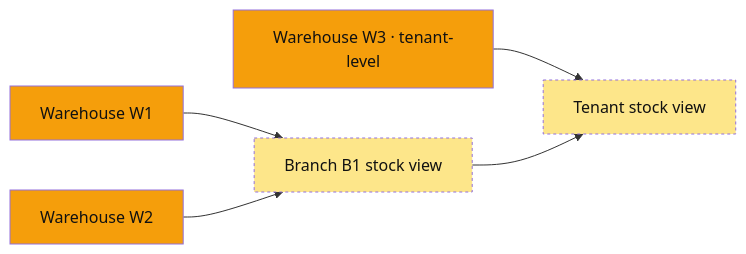
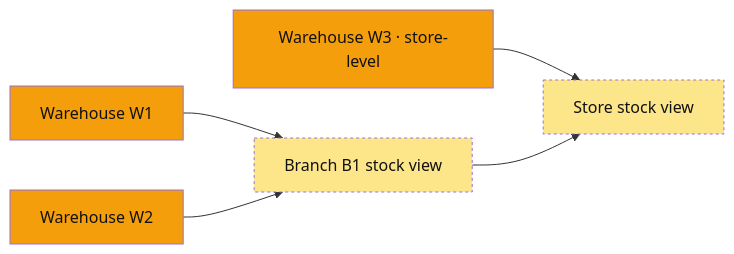
One commit to gowtamkumar/eCommerce-multi-store-saas-erp changed the fifth of 14 diagrams in doc/system-design/erp_master_system_design.md. Above: the diagram before and after it, drawn with Mermaid. The commit also changed other lines of this file and 764 other files, not shown here.

````diff
--- a/doc/system-design/erp_master_system_design.md
+++ b/doc/system-design/erp_master_system_design.md
@@ -623,9 +623,9 @@
 ```mermaid
 flowchart LR
   W1[Warehouse W1]:::wh --> B1[Branch B1 stock view]:::rollup
   W2[Warehouse W2]:::wh --> B1
-  W3[Warehouse W3 · tenant-level]:::wh --> TROLL[Tenant stock view]:::rollup
+  W3[Warehouse W3 · store-level]:::wh --> TROLL[Store stock view]:::rollup
   B1 --> TROLL
   classDef wh fill:#f59e0b,color:#111
   classDef rollup fill:#fde68a,color:#111,stroke-dasharray: 3 3
 ```
````
